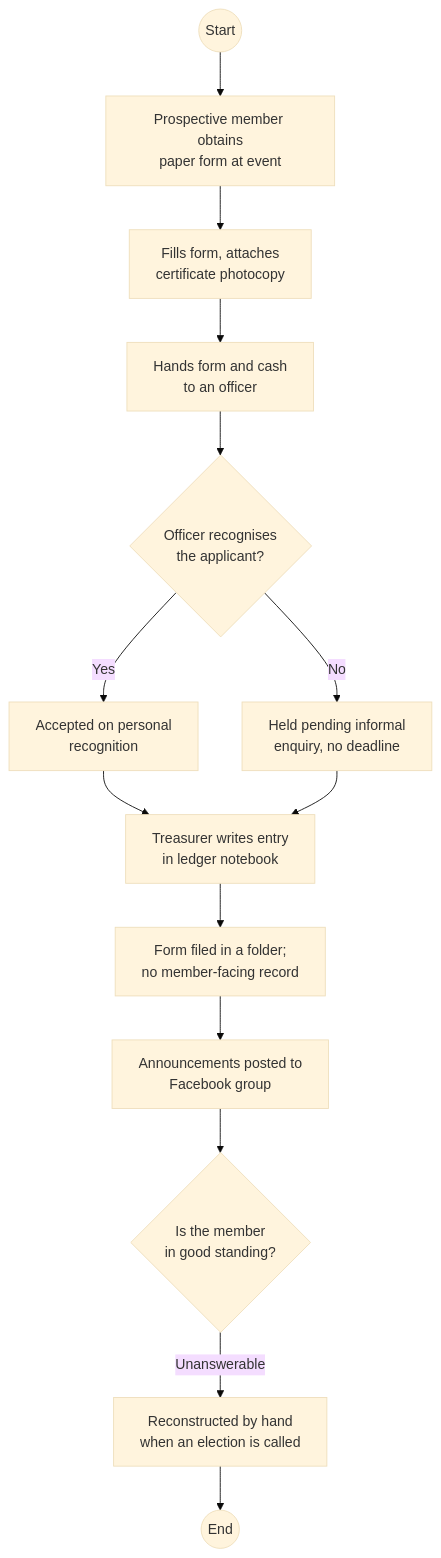
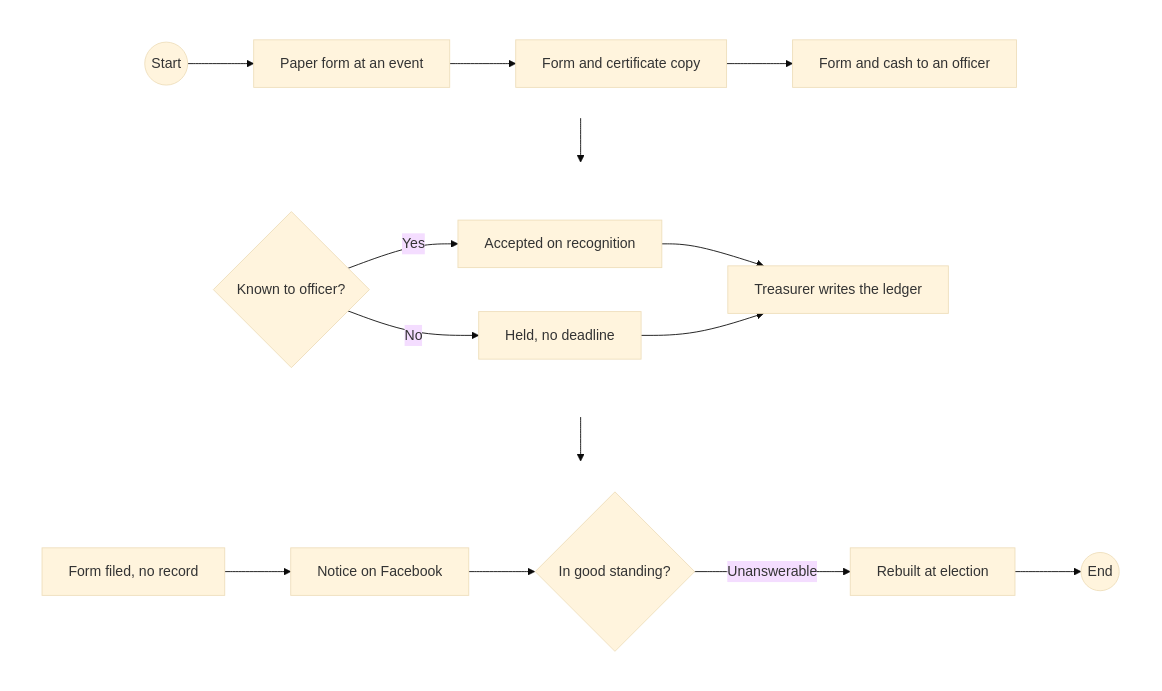
Before and after one commit to shalin-rahman/GHCAA: the third of 4 diagrams in docs/book/02-literature-review.md, drawn with Mermaid (base theme). The commit also changed other lines of this file and 42 other files, not shown here.

````diff
--- a/docs/book/02-literature-review.md
+++ b/docs/book/02-literature-review.md
@@ -480,16 +461,20 @@
 ```mermaid
 flowchart TB
-    S((Start)) --> A1["Prospective member obtains<br/>paper form at event"]
-    A1 --> A2["Fills form, attaches<br/>certificate photocopy"]
-    A2 --> A3["Hands form and cash<br/>to an officer"]
-    A3 --> G1{"Officer recognises<br/>the applicant?"}
-    G1 -->|Yes| A4["Accepted on personal<br/>recognition"]
-    G1 -->|No| A5["Held pending informal<br/>enquiry, no deadline"]
-    A4 --> A6["Treasurer writes entry<br/>in ledger notebook"]
-    A5 --> A6
-    A6 --> A7["Form filed in a folder;<br/>no member-facing record"]
-    A7 --> A8["Announcements posted to<br/>Facebook group"]
-    A8 --> G2{"Is the member<br/>in good standing?"}
-    G2 -->|Unanswerable| A9["Reconstructed by hand<br/>when an election is called"]
-    A9 --> E((End))
+    subgraph R1[" "]
+      direction LR
+      S((Start)) --> A1[Paper form at an event] --> A2[Form and certificate copy] --> A3[Form and cash to an officer]
+    end
+    subgraph R2[" "]
+      direction LR
+      G1{Known to officer?} -->|Yes| A4[Accepted on recognition] --> A6[Treasurer writes the ledger]
+      G1 -->|No| A5[Held, no deadline] --> A6
+    end
+    subgraph R3[" "]
+      direction LR
+      A7[Form filed, no record] --> A8[Notice on Facebook] --> G2{In good standing?} -->|Unanswerable| A9[Rebuilt at election] --> E((End))
+    end
+    R1 --> R2 --> R3
+    style R1 fill:none,stroke:none
+    style R2 fill:none,stroke:none
+    style R3 fill:none,stroke:none
 ```
````
